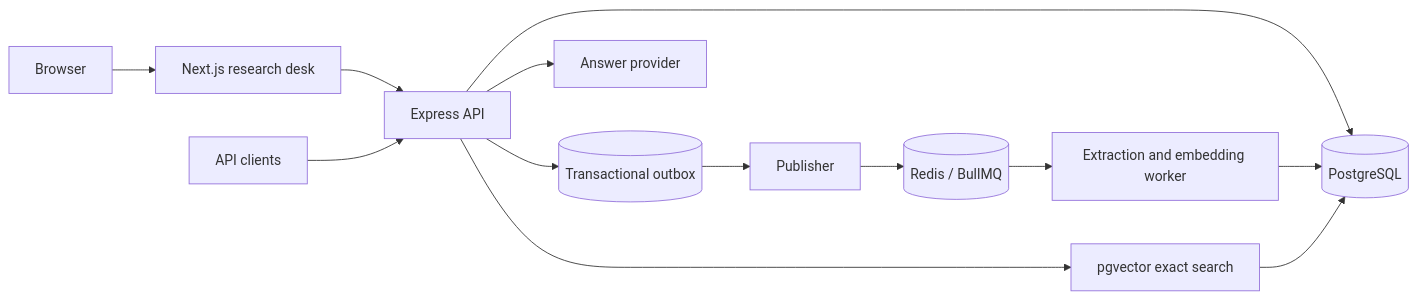
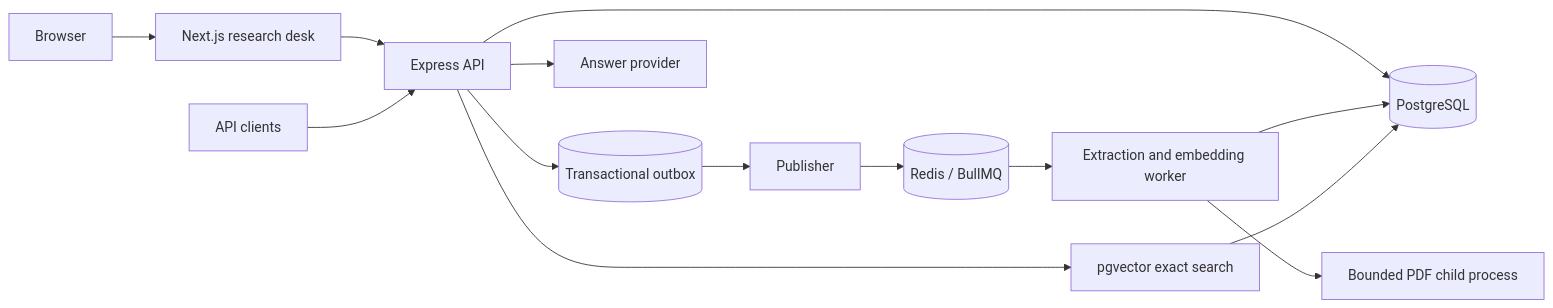
Before and after one commit to sachanritik1/sourcebook: the diagram in README.md, drawn with Mermaid. The commit also changed other lines of this file and 9 other files, not shown here.

````diff
--- a/README.md
+++ b/README.md
@@ -79,15 +81,16 @@
 ```mermaid
 flowchart LR
   Browser --> Web[Next.js research desk]
   Web --> API[Express API]
   CLI[API clients] --> API
   API --> PG[(PostgreSQL)]
   API --> Outbox[(Transactional outbox)]
   Outbox --> Publisher
   Publisher --> Redis[(Redis / BullMQ)]
   Redis --> Worker[Extraction and embedding worker]
+  Worker --> PDF[Bounded PDF child process]
   Worker --> PG
   API --> Vector[pgvector exact search]
   Vector --> PG
   API --> LLM[Answer provider]
 ```
````
